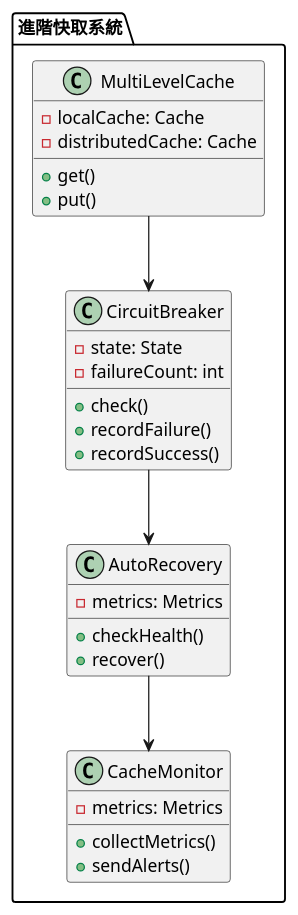
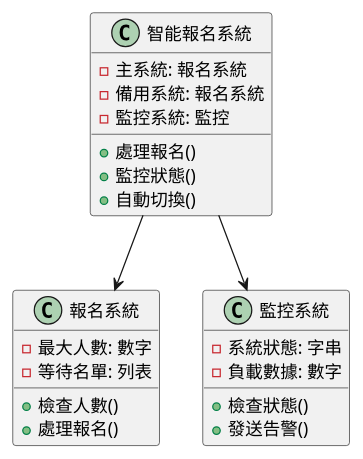
Before and after one commit to fine5351/info-sync: the third of 3 diagrams in doc/learning/architecture/cache_breakdown_tutorial.md, drawn with PlantUML. The commit also changed other lines of this file and 35 other files, not shown here.

````diff
--- a/doc/learning/architecture/cache_breakdown_tutorial.md
+++ b/doc/learning/architecture/cache_breakdown_tutorial.md
@@ -449,36 +276,29 @@
 ```plantuml
 @startuml
-package "進階快取系統" {
-    class MultiLevelCache {
-        - localCache: Cache
-        - distributedCache: Cache
-        + get()
-        + put()
-    }
-    
-    class CircuitBreaker {
-        - state: State
-        - failureCount: int
-        + check()
-        + recordFailure()
-        + recordSuccess()
-    }
-    
-    class AutoRecovery {
-        - metrics: Metrics
-        + checkHealth()
-        + recover()
-    }
-    
-    class CacheMonitor {
-        - metrics: Metrics
-        + collectMetrics()
-        + sendAlerts()
-    }
+class 智能報名系統 {
+    - 主系統: 報名系統
+    - 備用系統: 報名系統
+    - 監控系統: 監控
+    + 處理報名()
+    + 監控狀態()
+    + 自動切換()
 }
 
-MultiLevelCache --> CircuitBreaker
-CircuitBreaker --> AutoRecovery
-AutoRecovery --> CacheMonitor
+class 報名系統 {
+    - 最大人數: 數字
+    - 等待名單: 列表
+    + 檢查人數()
+    + 處理報名()
+}
+
+class 監控系統 {
+    - 系統狀態: 字串
+    - 負載數據: 數字
+    + 檢查狀態()
+    + 發送告警()
+}
+
+智能報名系統 --> 報名系統
+智能報名系統 --> 監控系統
 @enduml
 ```
````
